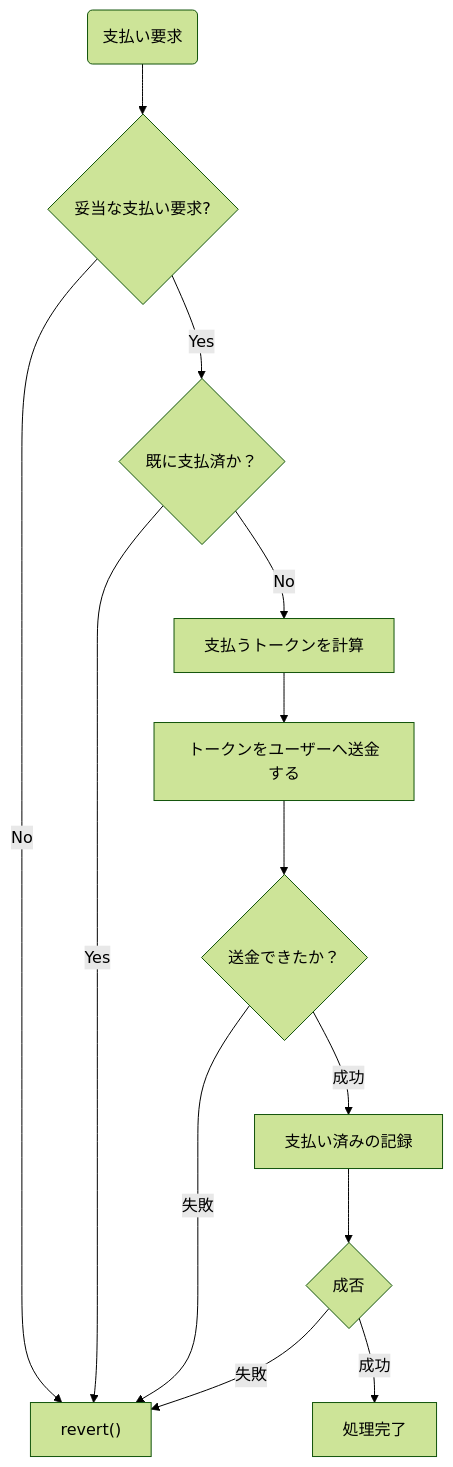
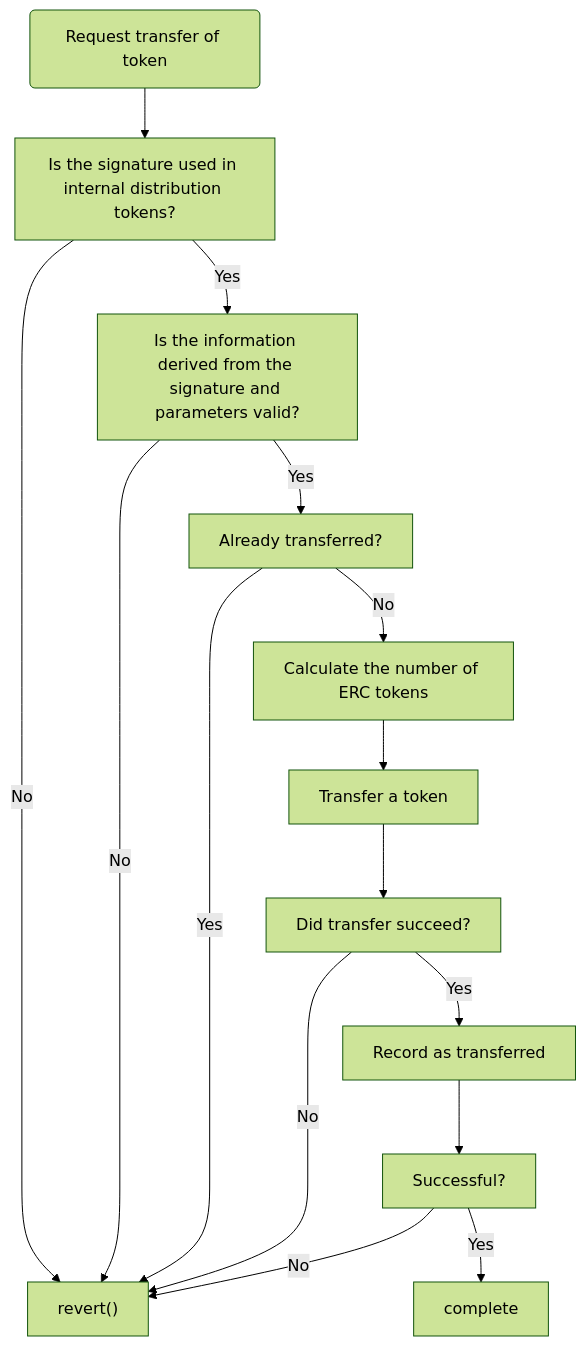
Before and after one commit to godappslab/token-transfer: the diagram in docs/flowchart/token-transfer.mmd, drawn with Mermaid (forest theme). The commit also changed 3 other files, not shown here.

Commit message:
Fix sequence diagram and flow chart to fit current implementation

```diff
--- a/docs/flowchart/token-transfer.mmd
+++ b/docs/flowchart/token-transfer.mmd
@@ -1,19 +1,22 @@
 graph TD
-start(支払い要求)
-start --> 要求チェック{妥当な支払い要求?}
-要求チェック -->|No| revert["revert()"]
-要求チェック -->|Yes| 支払い済みチェック{"既に支払済か？"}
+start(Request transfer of token) --> InternalDdistributionTokens["Is the signature used in internal distribution tokens?"]
 
-支払い済みチェック -->|Yes| revert
-支払い済みチェック -->|No| 換算[支払うトークンを計算]
+InternalDdistributionTokens -->|No| revert["revert()"]
+InternalDdistributionTokens -->|Yes| SelfCheck["Is the information derived from the signature and parameters valid?"]
 
-換算 --> 送金[トークンをユーザーへ送金する]
-送金 --> 送金成否{"送金できたか？"}
+SelfCheck -->|No| revert["revert()"]
+SelfCheck -->|Yes| History["Already transferred?"]
 
-送金成否 -->|失敗| revert
-送金成否 -->|成功| 支払記録[支払い済みの記録]
+History -->|Yes| revert
+History -->|No| Calculation["Calculate the number of ERC tokens"]
 
-支払記録 --> 記録成否{成否}
+Calculation --> ERCToken[Transfer a token]
+ERCToken --> TransferSucceed["Did transfer succeed?"]
 
-記録成否 -->|失敗| revert
-記録成否 -->|成功| finish[処理完了]
+TransferSucceed -->|No| revert
+TransferSucceed -->|Yes| Record["Record as transferred"]
+
+Record --> Successful["Successful?"]
+
+Successful -->|No| revert
+Successful -->|Yes| finish["complete"]
```
